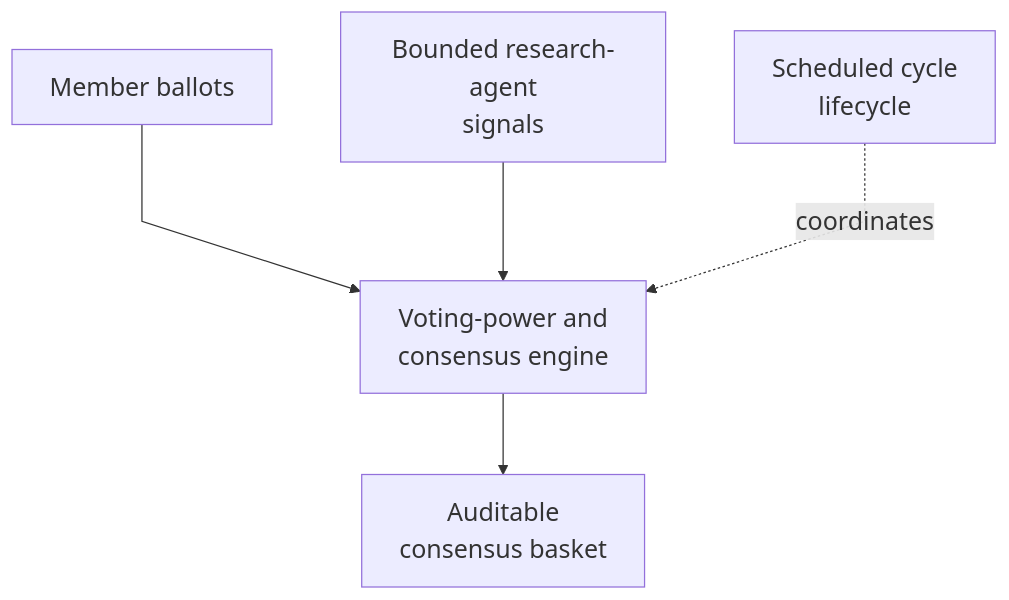
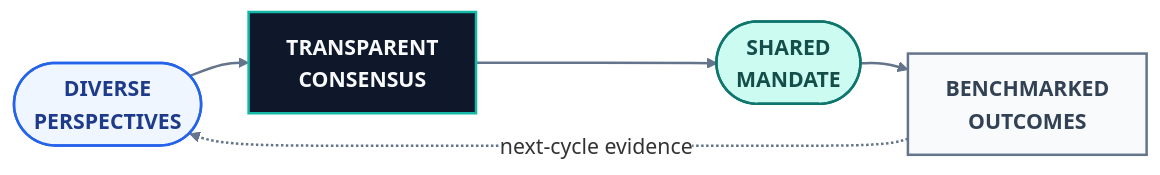
Before and after one commit to rohanjoglekar/voteconcordia: the first of 2 diagrams in README.md, drawn with Mermaid. The commit also changed other lines of this file and 2 other files, not shown here.

Commit message:
docs: refine architecture diagrams

````diff
--- a/README.md
+++ b/README.md
@@ -76,8 +51,14 @@
 ```mermaid
-%%{init: {"themeVariables": {"fontSize": "20px"}, "flowchart": {"nodeSpacing": 55, "rankSpacing": 65, "curve": "linear"}}}%%
-flowchart TB
-    members["Member ballots"] --> voting["Voting-power and<br/>consensus engine"]
-    agents["Bounded research-agent<br/>signals"] --> voting
-    timers["Scheduled cycle<br/>lifecycle"] -. coordinates .-> voting
-    voting --> basket["Auditable<br/>consensus basket"]
+%%{init: {"theme": "base", "themeVariables": {"fontSize": "17px", "lineColor": "#64748b", "edgeLabelBackground": "#ffffff"}, "flowchart": {"nodeSpacing": 32, "rankSpacing": 38, "curve": "basis"}}}%%
+flowchart LR
+    voices(["DIVERSE<br/>PERSPECTIVES"]):::voice --> consensus["TRANSPARENT<br/>CONSENSUS"]:::engine
+    consensus --> mandate(["SHARED<br/>MANDATE"]):::mandate
+    mandate --> score["BENCHMARKED<br/>OUTCOMES"]:::score
+    score -. "next-cycle evidence" .-> voices
+
+    classDef voice fill:#eff6ff,stroke:#2563eb,color:#1e3a8a,stroke-width:2px,font-weight:700;
+    classDef engine fill:#0f172a,stroke:#14b8a6,color:#f8fafc,stroke-width:2px,font-weight:700;
+    classDef mandate fill:#ccfbf1,stroke:#0f766e,color:#134e4a,stroke-width:2px,font-weight:700;
+    classDef score fill:#f8fafc,stroke:#64748b,color:#334155,stroke-width:2px,font-weight:700;
+    linkStyle default stroke:#64748b,stroke-width:2px;
 ```
````
